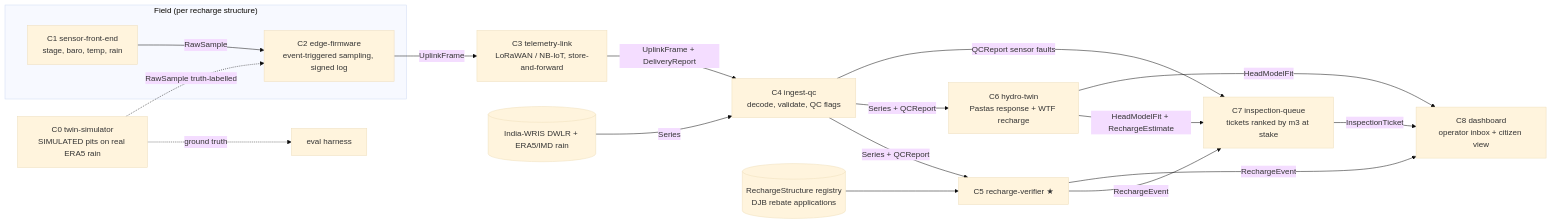
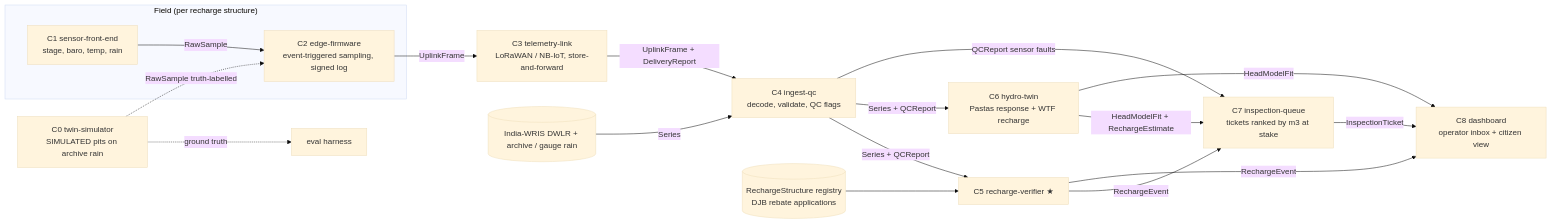
Before and after one commit to imdigitalashish/techfest-2026: the diagram in innovatex-t1-groundwater/architecture/components.md, drawn with Mermaid (base theme). The commit also changed other lines of this file and 41 other files, not shown here.

````diff
--- a/innovatex-t1-groundwater/architecture/components.md
+++ b/innovatex-t1-groundwater/architecture/components.md
@@ -8,20 +8,20 @@
 ```mermaid
 flowchart LR
   subgraph Field["Field (per recharge structure)"]
     C1[C1 sensor-front-end<br/>stage, baro, temp, rain] -->|RawSample| C2[C2 edge-firmware<br/>event-triggered sampling, signed log]
   end
   C2 -->|UplinkFrame| C3[C3 telemetry-link<br/>LoRaWAN / NB-IoT, store-and-forward]
   C3 -->|UplinkFrame + DeliveryReport| C4[C4 ingest-qc<br/>decode, validate, QC flags]
-  EXT[(India-WRIS DWLR + ERA5/IMD rain)] -->|Series| C4
+  EXT[(India-WRIS DWLR + archive / gauge rain)] -->|Series| C4
   C4 -->|Series + QCReport| C5[C5 recharge-verifier ★]
   REG[(RechargeStructure registry<br/>DJB rebate applications)] --> C5
   C4 -->|Series + QCReport| C6[C6 hydro-twin<br/>Pastas response + WTF recharge]
   C5 -->|RechargeEvent| C7[C7 inspection-queue<br/>tickets ranked by m3 at stake]
   C6 -->|HeadModelFit + RechargeEstimate| C7
   C4 -->|QCReport sensor faults| C7
   C7 -->|InspectionTicket| C8[C8 dashboard<br/>operator inbox + citizen view]
   C5 -->|RechargeEvent| C8
   C6 -->|HeadModelFit| C8
-  SIM[C0 twin-simulator<br/>SIMULATED pits on real ERA5 rain] -.->|RawSample truth-labelled| C2
+  SIM[C0 twin-simulator<br/>SIMULATED pits on archive rain] -.->|RawSample truth-labelled| C2
   SIM -.->|ground truth| EV[eval harness]
 ```
````
